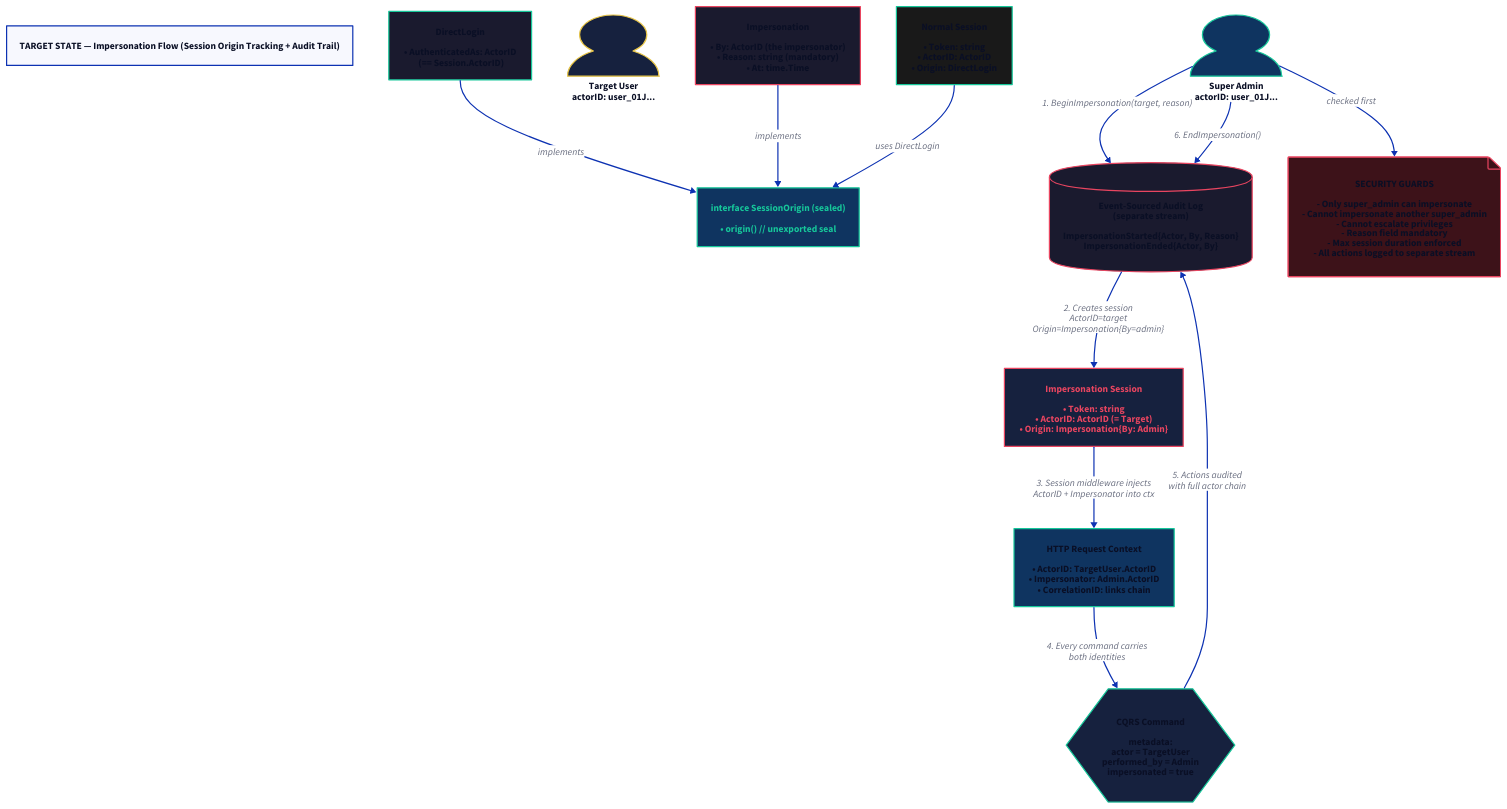
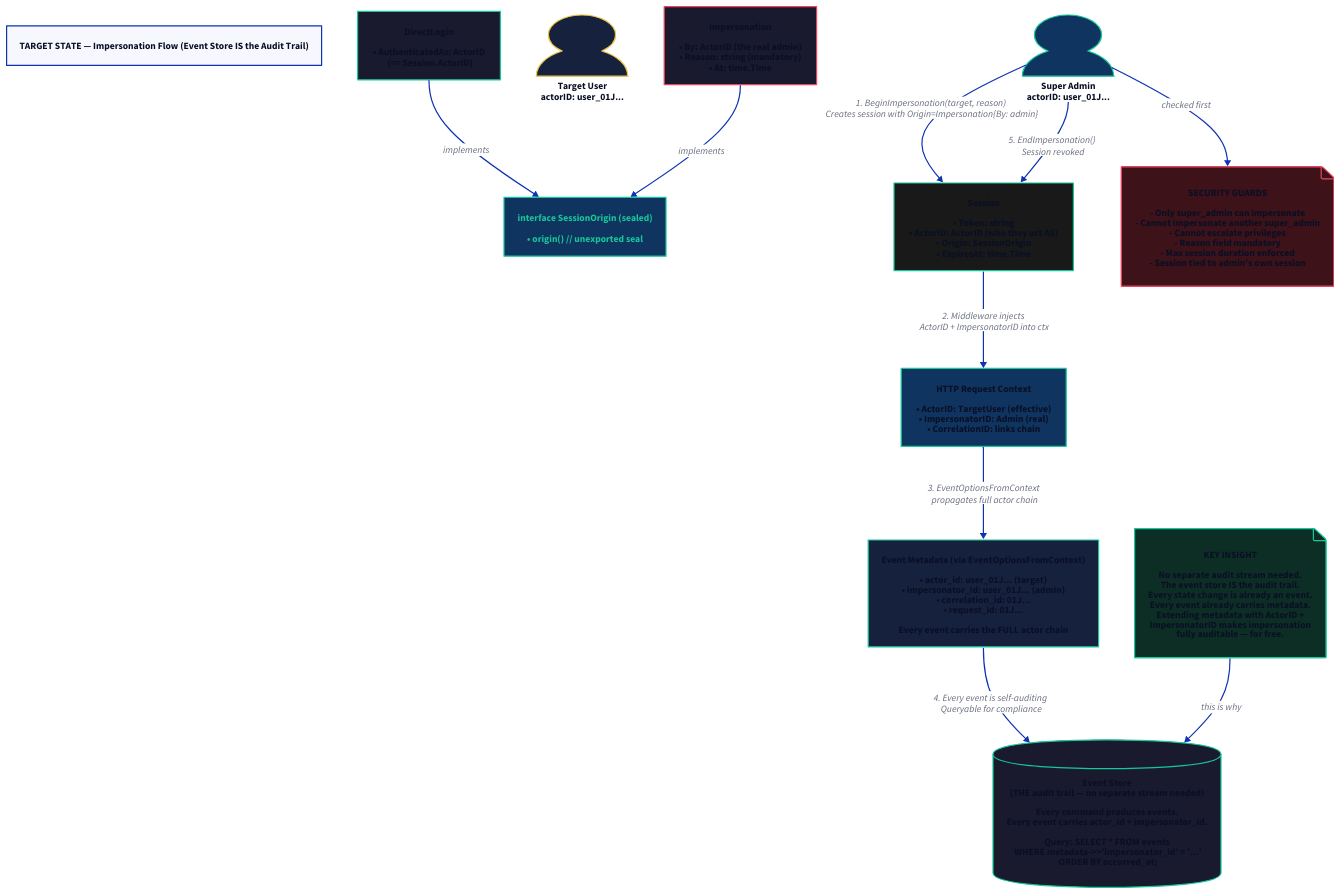
Before and after one commit to LarsArtmann/cqrs-htmx: the diagram in docs/architecture-understanding/2026-06-21_04-00_impersonation-flow.d2, drawn with D2. The commit also changed 6 other files, not shown here.

First line of the commit message:
docs(architecture): complete actor-tenant-impersonation redesign documentation

```diff
--- a/docs/architecture-understanding/2026-06-21_04-00_impersonation-flow.d2
+++ b/docs/architecture-understanding/2026-06-21_04-00_impersonation-flow.d2
@@ -1,88 +1,90 @@
 direction: down
 
-title: "TARGET STATE — Impersonation Flow (Session Origin Tracking + Audit Trail)"
+title: "TARGET STATE — Impersonation Flow (Event Store IS the Audit Trail)"
 
 # Actors
 Admin: {
   shape: person
   style: {fill: "#0f3460"; stroke: "#16c79a"}
   label: "Super Admin\nactorID: user_01J..."
 }
 
 TargetUser: {
   shape: person
   style: {fill: "#16213e"; stroke: "#e8c546"}
   label: "Target User\nactorID: user_01J..."
 }
 
-# Session types
+# Session Origin (sealed union)
 SessionOrigin: {
   shape: rectangle
   style: {fill: "#0f3460"; stroke: "#16c79a"; font-color: "#16c79a"}
   label: "interface SessionOrigin (sealed)\n\n• origin()  // unexported seal"
 }
 
-DirectLoginOrigin: {
+DirectLogin: {
   shape: rectangle
   style: {fill: "#1a1a2e"; stroke: "#16c79a"}
   label: "DirectLogin\n\n• AuthenticatedAs: ActorID\n  (== Session.ActorID)"
 }
 
-ImpersonationOrigin: {
+Impersonation: {
   shape: rectangle
   style: {fill: "#1a1a2e"; stroke: "#e94560"}
-  label: "Impersonation\n\n• By: ActorID (the impersonator)\n• Reason: string (mandatory)\n• At: time.Time"
+  label: "Impersonation\n\n• By: ActorID (the real admin)\n• Reason: string (mandatory)\n• At: time.Time"
 }
 
-NormalSession: {
+# Session
+Session: {
   shape: rectangle
   style: {fill: "#191919"; stroke: "#16c79a"}
-  label: "Normal Session\n\n• Token: string\n• ActorID: ActorID\n• Origin: DirectLogin"
-}
-
-ImpersonationSession: {
-  shape: rectangle
-  style: {fill: "#16213e"; stroke: "#e94560"; font-color: "#e94560"}
-  label: "Impersonation Session\n\n• Token: string\n• ActorID: ActorID (= Target)\n• Origin: Impersonation{By: Admin}"
+  label: "Session\n\n• Token: string\n• ActorID: ActorID (who they act AS)\n• Origin: SessionOrigin\n• ExpiresAt: time.Time"
 }
 
 # Context propagation
 RequestContext: {
   shape: rectangle
   style: {fill: "#0f3460"; stroke: "#16c79a"}
-  label: "HTTP Request Context\n\n• ActorID: TargetUser.ActorID\n• Impersonator: Admin.ActorID\n• CorrelationID: links chain"
+  label: "HTTP Request Context\n\n• ActorID: TargetUser (effective)\n• ImpersonatorID: Admin (real)\n• CorrelationID: links chain"
 }
 
-# Audit
-ImpersonationLog: {
-  shape: cylinder
-  style: {fill: "#1a1a2e"; stroke: "#e94560"}
-  label: "Event-Sourced Audit Log\n(separate stream)\n\nImpersonationStarted{Actor, By, Reason}\nImpersonationEnded{Actor, By}"
+# Event metadata
+EventMetadata: {
+  shape: rectangle
+  style: {fill: "#16213e"; stroke: "#16c79a"}
+  label: "Event Metadata (via EventOptionsFromContext)\n\n• actor_id: user_01J... (target)\n• impersonator_id: user_01J... (admin)\n• correlation_id: 01J...\n• request_id: 01J...\n\nEvery event carries the FULL actor chain"
 }
 
-CQRSCommand: {
-  shape: hexagon
-  style: {fill: "#16213e"; stroke: "#16c79a"}
-  label: "CQRS Command\n\nmetadata:\nactor = TargetUser\nperformed_by = Admin\nimpersonated = true"
+# Event store (the audit trail)
+EventStore: {
+  shape: cylinder
+  style: {fill: "#1a1a2e"; stroke: "#16c79a"}
+  label: "Event Store\n(THE audit trail — no separate stream needed)\n\nEvery command produces events.\nEvery event carries actor_id + impersonator_id.\n\nQuery: SELECT * FROM events\n  WHERE metadata->>'impersonator_id' = '...'\n  ORDER BY occurred_at;"
 }
 
-# Security
+# Security guards
 SecurityGuard: {
   shape: page
   style: {fill: "#3d1219"; stroke: "#e94560"}
-  label: "SECURITY GUARDS\n\n- Only super_admin can impersonate\n- Cannot impersonate another super_admin\n- Cannot escalate privileges\n- Reason field mandatory\n- Max session duration enforced\n- All actions logged to separate stream"
+  label: "SECURITY GUARDS\n\n- Only super_admin can impersonate\n- Cannot impersonate another super_admin\n- Cannot escalate privileges\n- Reason field mandatory\n- Max session duration enforced\n- Session tied to admin's own session"
 }
 
 # Flow
-SessionOrigin <- DirectLoginOrigin: implements
-SessionOrigin <- ImpersonationOrigin: implements
+SessionOrigin <- DirectLogin: implements
+SessionOrigin <- Impersonation: implements
 
 Admin -> SecurityGuard: "checked first"
-Admin -> ImpersonationLog: "1. BeginImpersonation(target, reason)"
-ImpersonationLog -> ImpersonationSession: "2. Creates session\nActorID=target\nOrigin=Impersonation{By=admin}"
-ImpersonationSession -> RequestContext: "3. Session middleware injects\nActorID + Impersonator into ctx"
-RequestContext -> CQRSCommand: "4. Every command carries\nboth identities"
-CQRSCommand -> ImpersonationLog: "5. Actions audited\nwith full actor chain"
-Admin -> ImpersonationLog: "6. EndImpersonation()"
+Admin -> Session: "1. BeginImpersonation(target, reason)\n   Creates session with Origin=Impersonation{By: admin}"
+Session -> RequestContext: "2. Middleware injects\n   ActorID + ImpersonatorID into ctx"
+RequestContext -> EventMetadata: "3. EventOptionsFromContext\n   propagates full actor chain"
+EventMetadata -> EventStore: "4. Every event is self-auditing\n   Queryable for compliance"
+Admin -> Session: "5. EndImpersonation()\n   Session revoked"
 
-NormalSession -> SessionOrigin: "uses DirectLogin"
+# Key insight
+KeyInsight: {
+  shape: page
+  style: {fill: "#0d2e25"; stroke: "#16c79a"}
+  label: "KEY INSIGHT\n\nNo separate audit stream needed.\nThe event store IS the audit trail.\nEvery state change is already an event.\nEvery event already carries metadata.\nExtending metadata with ActorID +\nImpersonatorID makes impersonation\nfully auditable — for free."
+}
+
+KeyInsight -> EventStore: "this is why"
```
